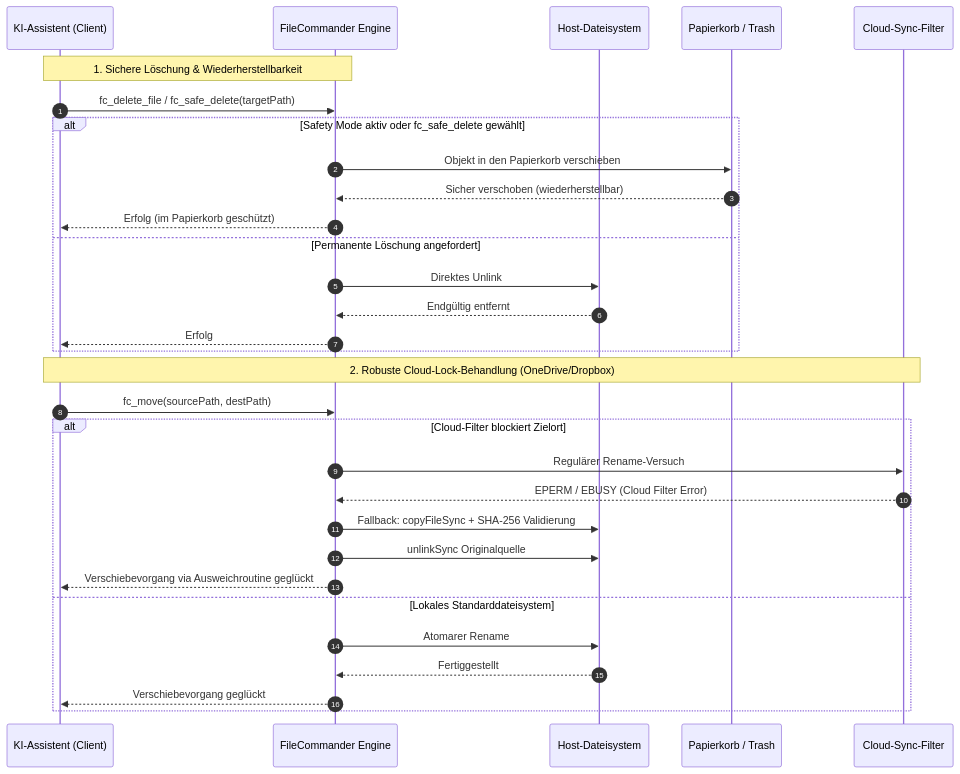
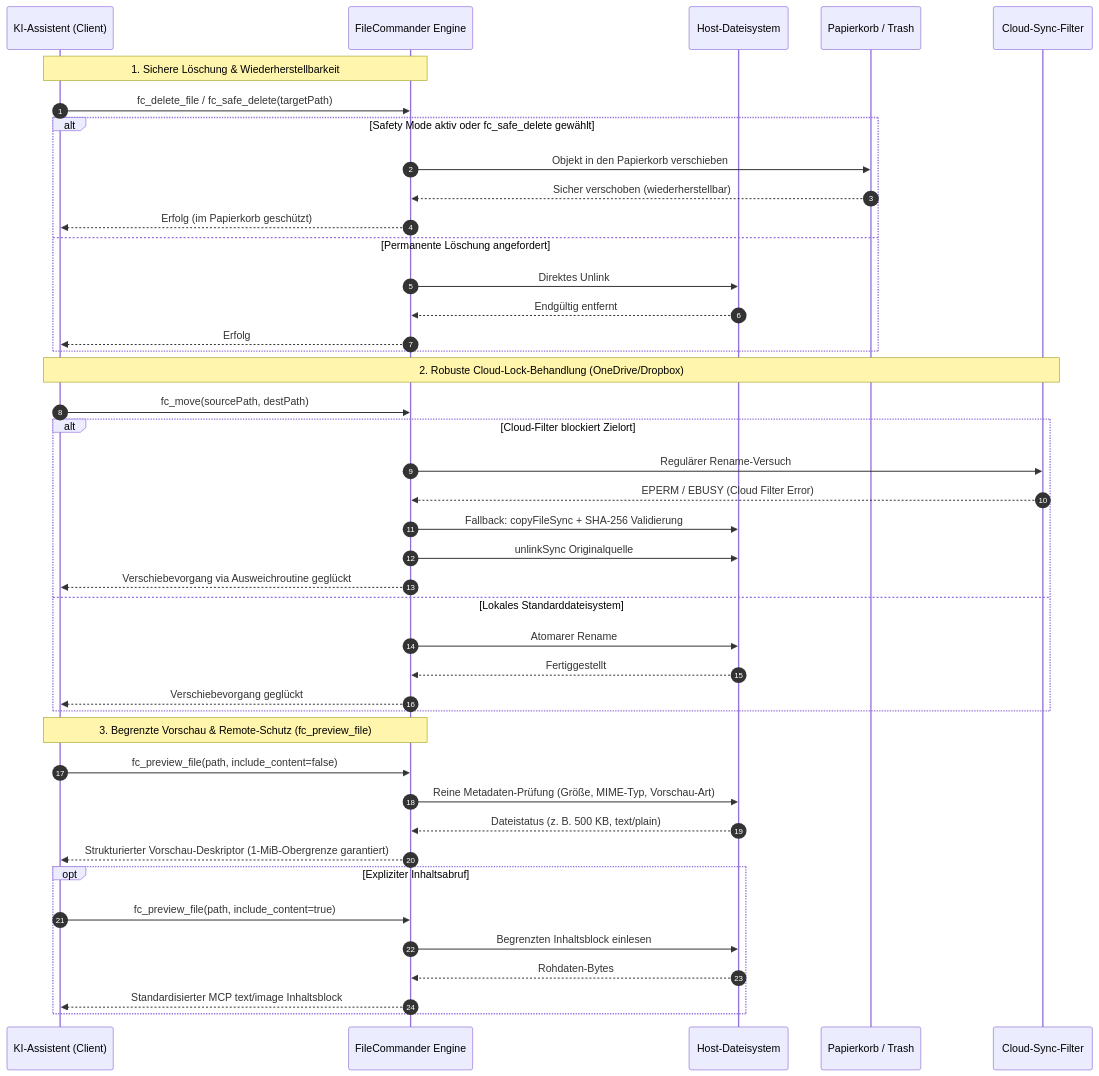
The second of 2 diagrams in README_de.md (ellmos-ai/ellmos-filecommander-mcp), drawn with Mermaid before and after one commit. The commit also changed other lines of this file and 2 other files, not shown here.

Commit message:
docs(marketing): Pfad B discoverability, bounded preview sequence flow & multi-client config [G 2026-11-01]

````diff
--- a/README_de.md
+++ b/README_de.md
@@ -159,35 +159,47 @@
 ```mermaid
 sequenceDiagram
     autonumber
     participant AI as KI-Assistent (Client)
     participant FC as FileCommander Engine
     participant FS as Host-Dateisystem
     participant Trash as Papierkorb / Trash
     participant Cloud as Cloud-Sync-Filter
 
     Note over AI,FC: 1. Sichere Löschung & Wiederherstellbarkeit
     AI->>FC: fc_delete_file / fc_safe_delete(targetPath)
     alt Safety Mode aktiv oder fc_safe_delete gewählt
         FC->>Trash: Objekt in den Papierkorb verschieben
         Trash-->>FC: Sicher verschoben (wiederherstellbar)
         FC-->>AI: Erfolg (im Papierkorb geschützt)
     else Permanente Löschung angefordert
         FC->>FS: Direktes Unlink
         FS-->>FC: Endgültig entfernt
         FC-->>AI: Erfolg
     end
 
     Note over AI,Cloud: 2. Robuste Cloud-Lock-Behandlung (OneDrive/Dropbox)
     AI->>FC: fc_move(sourcePath, destPath)
     alt Cloud-Filter blockiert Zielort
         FC->>Cloud: Regulärer Rename-Versuch
         Cloud-->>FC: EPERM / EBUSY (Cloud Filter Error)
         FC->>FS: Fallback: copyFileSync + SHA-256 Validierung
         FC->>FS: unlinkSync Originalquelle
         FC-->>AI: Verschiebevorgang via Ausweichroutine geglückt
     else Lokales Standarddateisystem
         FC->>FS: Atomarer Rename
         FS-->>FC: Fertiggestellt
         FC-->>AI: Verschiebevorgang geglückt
     end
+
+    Note over AI,FC: 3. Begrenzte Vorschau & Remote-Schutz (fc_preview_file)
+    AI->>FC: fc_preview_file(path, include_content=false)
+    FC->>FS: Reine Metadaten-Prüfung (Größe, MIME-Typ, Vorschau-Art)
+    FS-->>FC: Dateistatus (z. B. 500 KB, text/plain)
+    FC-->>AI: Strukturierter Vorschau-Deskriptor (1-MiB-Obergrenze garantiert)
+    opt Expliziter Inhaltsabruf
+        AI->>FC: fc_preview_file(path, include_content=true)
+        FC->>FS: Begrenzten Inhaltsblock einlesen
+        FS-->>FC: Rohdaten-Bytes
+        FC-->>AI: Standardisierter MCP text/image Inhaltsblock
+    end
 ```
````
